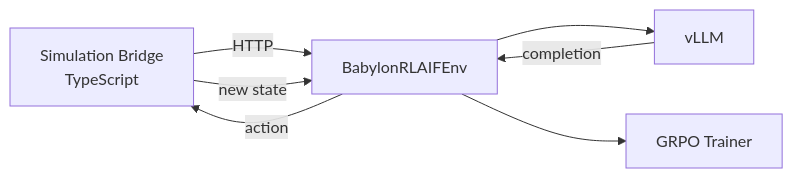
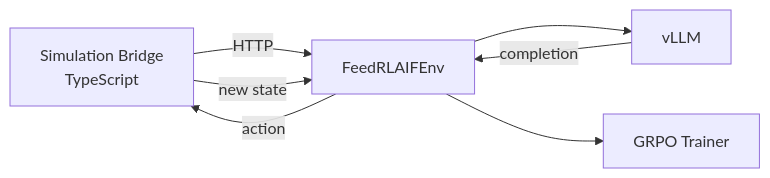
The second of 3 diagrams in packages/feed/packages/training/book/src/training-pipeline/modes.md (elizaOS/eliza), drawn with Mermaid before and after one commit. The commit also changed other lines of this file and 2477 other files, not shown here.

First line of the commit message:
chore(feed): rename babylon → feed across packages/feed

````diff
--- a/packages/feed/packages/training/book/src/training-pipeline/modes.md
+++ b/packages/feed/packages/training/book/src/training-pipeline/modes.md
@@ -56,9 +56,9 @@
 ```mermaid
 graph LR
-    BRIDGE[Simulation Bridge<br/>TypeScript] --> |HTTP| ENV[BabylonRLAIFEnv]
+    BRIDGE[Simulation Bridge<br/>TypeScript] --> |HTTP| ENV[FeedRLAIFEnv]
     ENV --> VLLM[vLLM]
     VLLM --> |completion| ENV
     ENV --> |action| BRIDGE
     BRIDGE --> |new state| ENV
     ENV --> TRAINER[GRPO Trainer]
 ```
````
